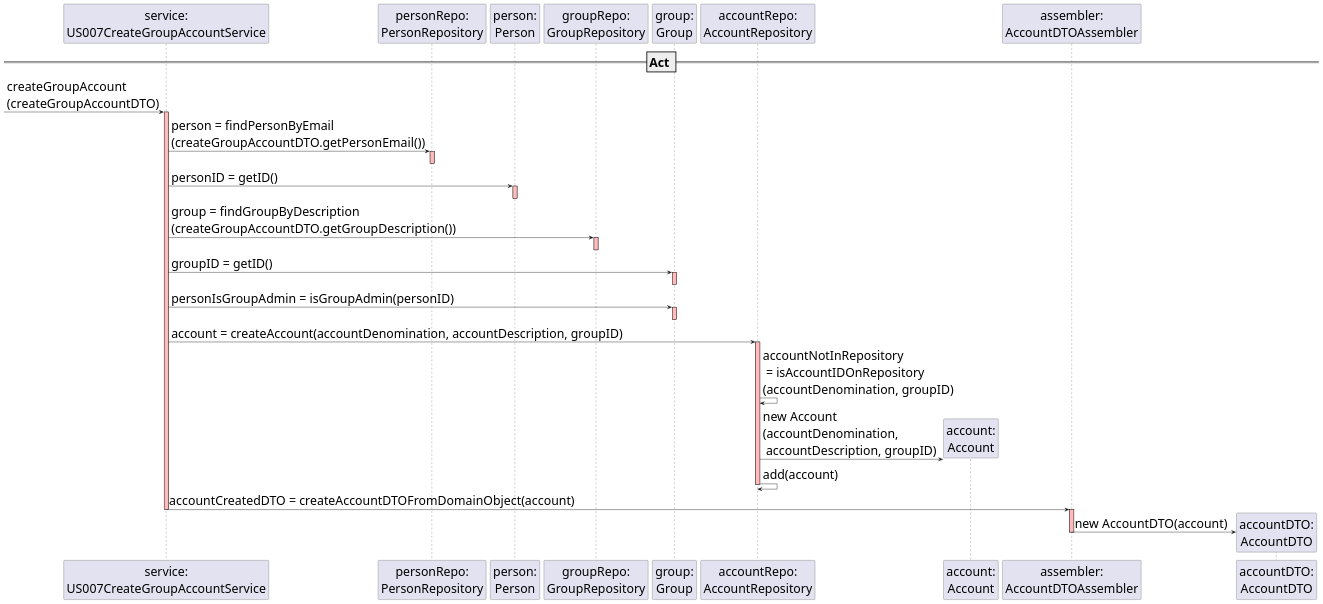
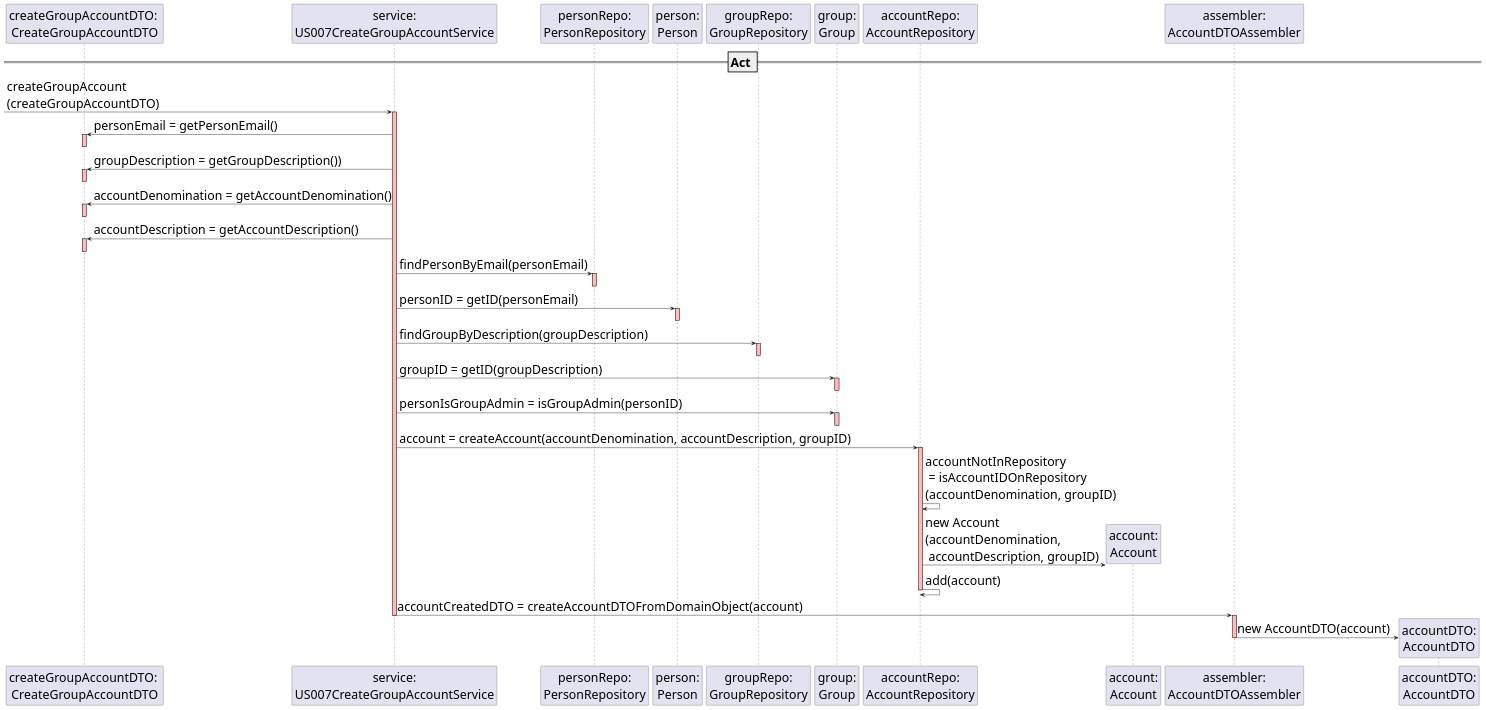
One commit to mleitaoribeiro/DevOpsMaven changed the diagram in src/main/java/switch2019/project/controllerLayer/controllersRest/US007CreateGroupAccountControllerRest_Part2.puml. Above: the diagram before and after it, drawn with PlantUML. The commit also changed 1 other file, not shown here.

Commit message:
ref #843 - upgrades to the sequence diagrams

```diff
--- a/src/main/java/switch2019/project/controllerLayer/controllersRest/US007CreateGroupAccountControllerRest_Part2.puml
+++ b/src/main/java/switch2019/project/controllerLayer/controllersRest/US007CreateGroupAccountControllerRest_Part2.puml
@@ -1,55 +1,77 @@
 @startuml
 skinparam DefaultFontSize 30
 
-
+participant "createGroupAccountDTO: \nCreateGroupAccountDTO"
 participant "service:\nUS007CreateGroupAccountService"
 participant "personRepo:\nPersonRepository"
 participant "person:\nPerson"
 participant "groupRepo:\nGroupRepository"
 participant "group:\nGroup"
 participant "accountRepo:\nAccountRepository"
 participant "account:\nAccount"
 participant "assembler:\nAccountDTOAssembler"
 == Act ==
 [-> "service:\nUS007CreateGroupAccountService" : createGroupAccount\n(createGroupAccountDTO)
 activate "service:\nUS007CreateGroupAccountService" #FFBBBB
 
-"service:\nUS007CreateGroupAccountService" -> "personRepo:\nPersonRepository" : person = findPersonByEmail\n(createGroupAccountDTO.getPersonEmail())
+"service:\nUS007CreateGroupAccountService" -> "createGroupAccountDTO: \nCreateGroupAccountDTO" : personEmail = getPersonEmail()
+activate "createGroupAccountDTO: \nCreateGroupAccountDTO"  #FFBBBB
+deactivate "createGroupAccountDTO: \nCreateGroupAccountDTO"  #FFBBBB
+
+"service:\nUS007CreateGroupAccountService" -> "createGroupAccountDTO: \nCreateGroupAccountDTO" : groupDescription = getGroupDescription())
+activate "createGroupAccountDTO: \nCreateGroupAccountDTO"  #FFBBBB
+deactivate "createGroupAccountDTO: \nCreateGroupAccountDTO"  #FFBBBB
+
+"service:\nUS007CreateGroupAccountService" -> "createGroupAccountDTO: \nCreateGroupAccountDTO" : accountDenomination = getAccountDenomination()
+activate "createGroupAccountDTO: \nCreateGroupAccountDTO"  #FFBBBB
+deactivate "createGroupAccountDTO: \nCreateGroupAccountDTO"  #FFBBBB
+
+"service:\nUS007CreateGroupAccountService" -> "createGroupAccountDTO: \nCreateGroupAccountDTO" : accountDescription = getAccountDescription()
+activate "createGroupAccountDTO: \nCreateGroupAccountDTO"  #FFBBBB
+deactivate "createGroupAccountDTO: \nCreateGroupAccountDTO"  #FFBBBB
+
+
+
+"service:\nUS007CreateGroupAccountService" -> "personRepo:\nPersonRepository" : findPersonByEmail(personEmail)
 activate "personRepo:\nPersonRepository"  #FFBBBB
 deactivate "personRepo:\nPersonRepository"  #FFBBBB
 
-"service:\nUS007CreateGroupAccountService" -> "person:\nPerson" : personID = getID()
+
+"service:\nUS007CreateGroupAccountService" -> "person:\nPerson" : personID = getID(personEmail)
 activate "person:\nPerson"  #FFBBBB
 deactivate "person:\nPerson"  #FFBBBB
 
-"service:\nUS007CreateGroupAccountService" -> "groupRepo:\nGroupRepository" : group = findGroupByDescription\n(createGroupAccountDTO.getGroupDescription())
+
+
+"service:\nUS007CreateGroupAccountService" -> "groupRepo:\nGroupRepository" : findGroupByDescription(groupDescription)
 activate "groupRepo:\nGroupRepository"  #FFBBBB
 deactivate "groupRepo:\nGroupRepository"  #FFBBBB
 
-"service:\nUS007CreateGroupAccountService" -> "group:\nGroup" : groupID = getID()
+
+"service:\nUS007CreateGroupAccountService" -> "group:\nGroup" : groupID = getID(groupDescription)
 activate "group:\nGroup" #FFBBBB
 deactivate "group:\nGroup"
 
 "service:\nUS007CreateGroupAccountService" -> "group:\nGroup" : personIsGroupAdmin = isGroupAdmin(personID)
 activate "group:\nGroup" #FFBBBB
 deactivate "group:\nGroup"
 
 "service:\nUS007CreateGroupAccountService" -> "accountRepo:\nAccountRepository" : account = createAccount(accountDenomination, accountDescription, groupID)
 activate "accountRepo:\nAccountRepository" #FFBBBB
 "accountRepo:\nAccountRepository" -> "accountRepo:\nAccountRepository" : accountNotInRepository\n = isAccountIDOnRepository\n(accountDenomination, groupID)
 create "account:\nAccount"
 "accountRepo:\nAccountRepository" -> "account:\nAccount" : new Account\n(accountDenomination,\n accountDescription, groupID)
 "accountRepo:\nAccountRepository" -> "accountRepo:\nAccountRepository" : add(account)
 deactivate "accountRepo:\nAccountRepository" #FFBBBB
 
 "service:\nUS007CreateGroupAccountService" -> "assembler:\nAccountDTOAssembler":accountCreatedDTO = createAccountDTOFromDomainObject(account)
 deactivate "service:\nUS007CreateGroupAccountService"
 
 activate "assembler:\nAccountDTOAssembler" #FFBBBB
 create "accountDTO:\nAccountDTO"
 "assembler:\nAccountDTOAssembler" -> "accountDTO:\nAccountDTO": new AccountDTO(account)
 deactivate "assembler:\nAccountDTOAssembler"
 
 deactivate "service:\nUS007CreateGroupAccountService"
 
 @enduml
```
